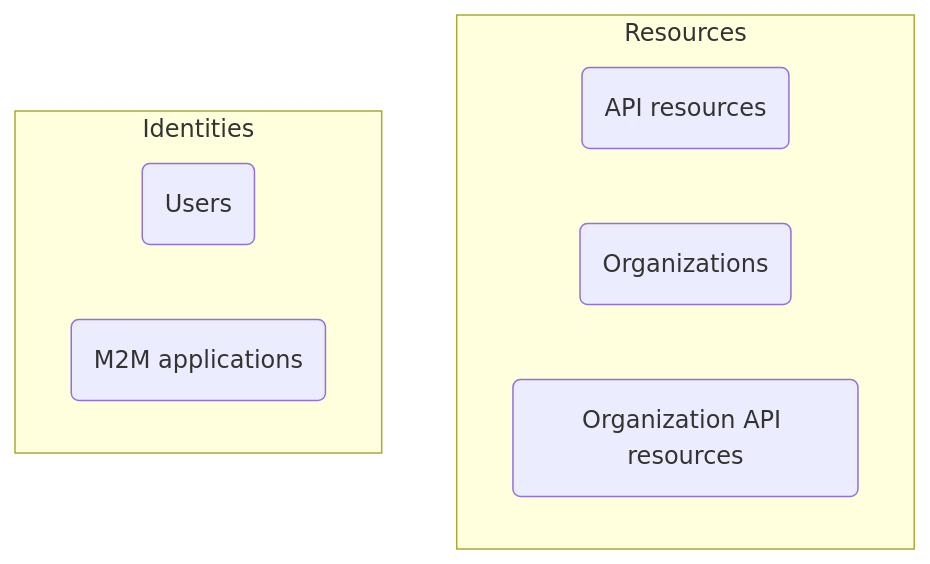
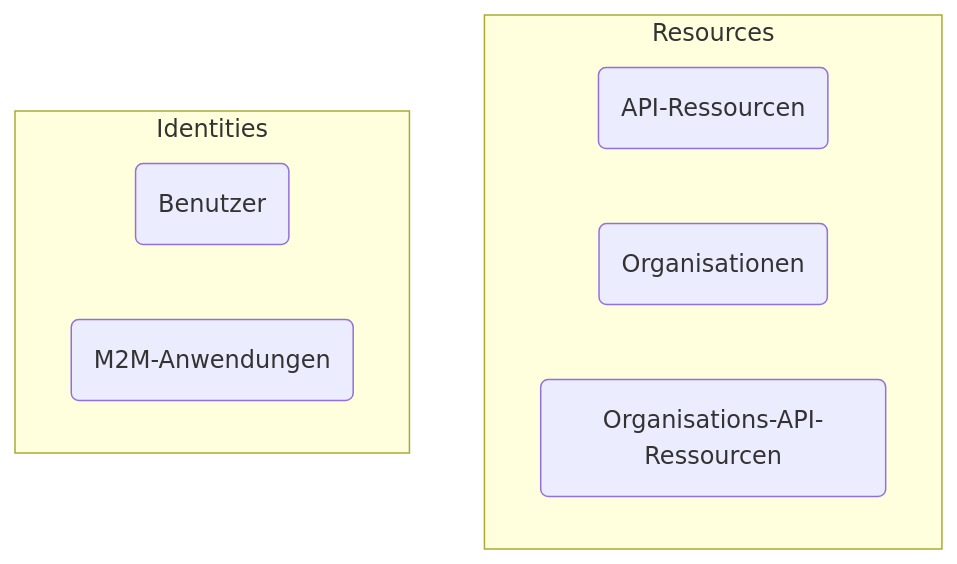
The diagram in i18n/de/docusaurus-plugin-content-docs/current/concepts/authn-vs-authz.mdx (logto-io/docs), drawn with Mermaid before and after one commit. The commit also changed other lines of this file and 428 other files, not shown here.

````diff
--- a/i18n/de/docusaurus-plugin-content-docs/current/concepts/authn-vs-authz.mdx
+++ b/i18n/de/docusaurus-plugin-content-docs/current/concepts/authn-vs-authz.mdx
@@ -41,13 +41,13 @@
 ```mermaid
 graph TD
   subgraph Resources
-    R(API resources)
-    O(Organizations)
-    OR(Organization API resources)
+    R(API-Ressourcen)
+    O(Organisationen)
+    OR(Organisations-API-Ressourcen)
   end
 
   subgraph Identities
-    U(Users)
-    A(M2M applications)
+    U(Benutzer)
+    A(M2M-Anwendungen)
   end
 ```
````
